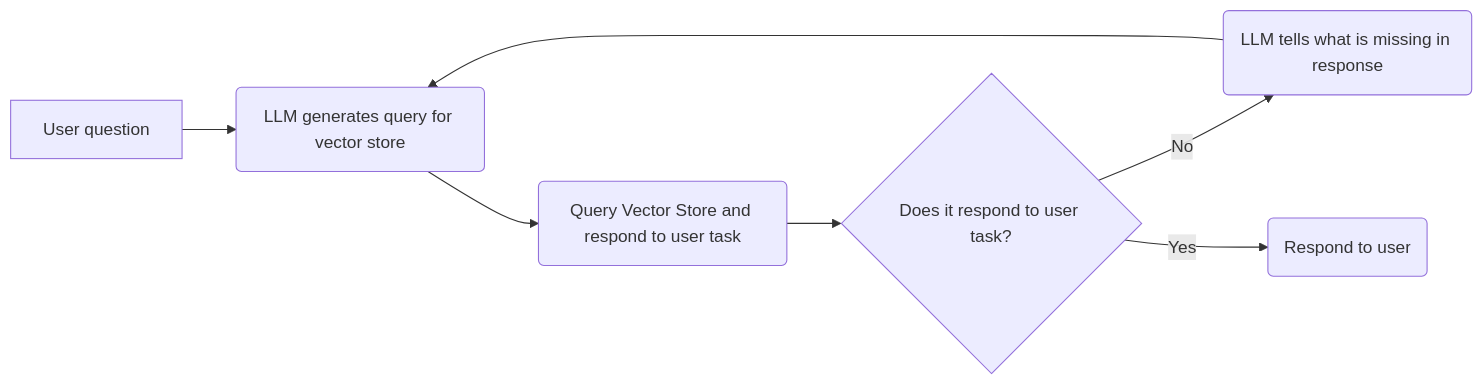
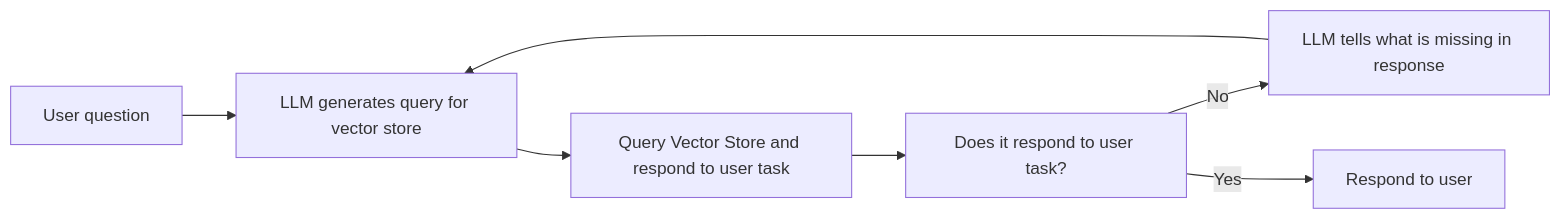
One commit to PJWSTK-Data-Science-Dojo/hack-ai-2024 changed the diagram in README.md. Above: the diagram before and after it, drawn with Mermaid.

Commit message:
Updated mermaid for correct rendering

````diff
--- a/README.md
+++ b/README.md
@@ -80,10 +80,10 @@
 ```mermaid
 graph LR
-    A[User question] --> B(LLM generates query for vector store)
-    B --> Z("Query Vector Store and respond to user task")
-    Z --> C("Query vector store")
-    C{"Does it respond to user task?"}
-    C-- No --> D(LLM tells what is missing in response)
+    A[User question] --> B[LLM generates query for vector store]
+    B --> Z["Query Vector Store and respond to user task"]
+    Z --> C["Query vector store"]
+    C["Does it respond to user task?"]
+    C-- No --> D[LLM tells what is missing in response]
     D --> B
-    C -- Yes --> F(Respond to user)
+    C -- Yes --> F[Respond to user]
 ```
````
